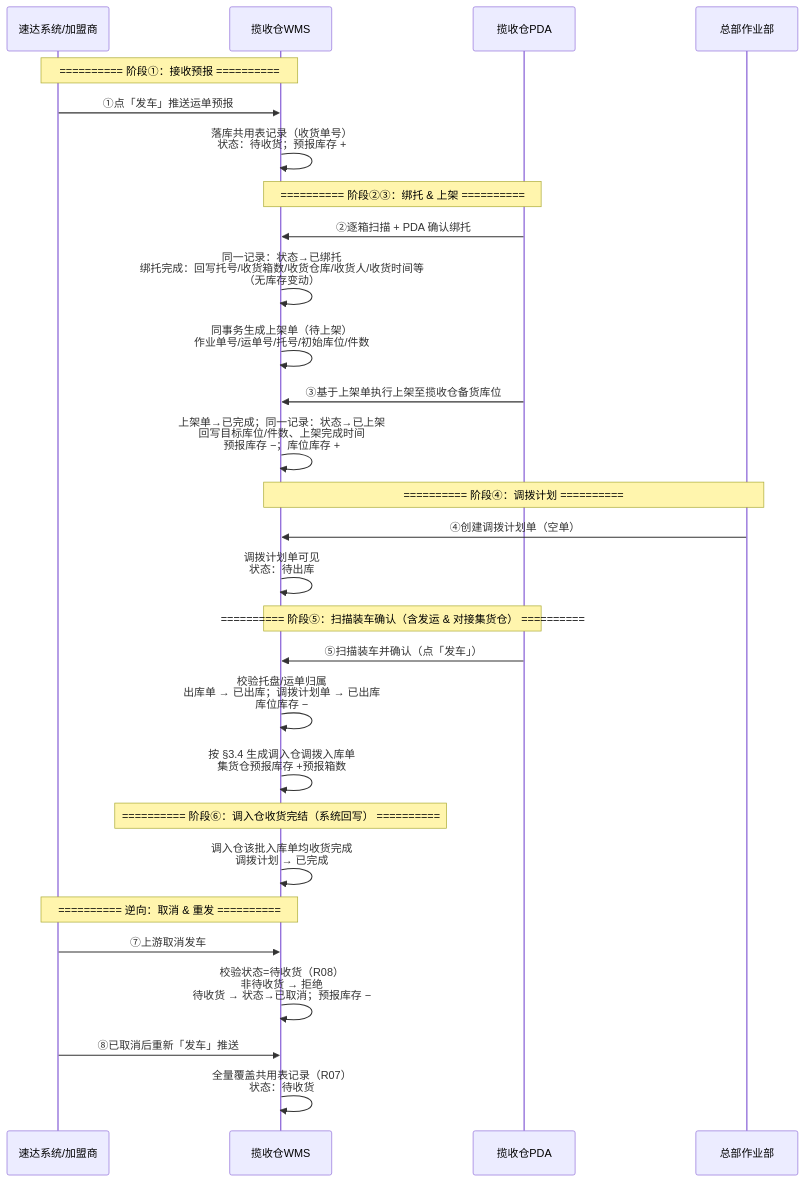
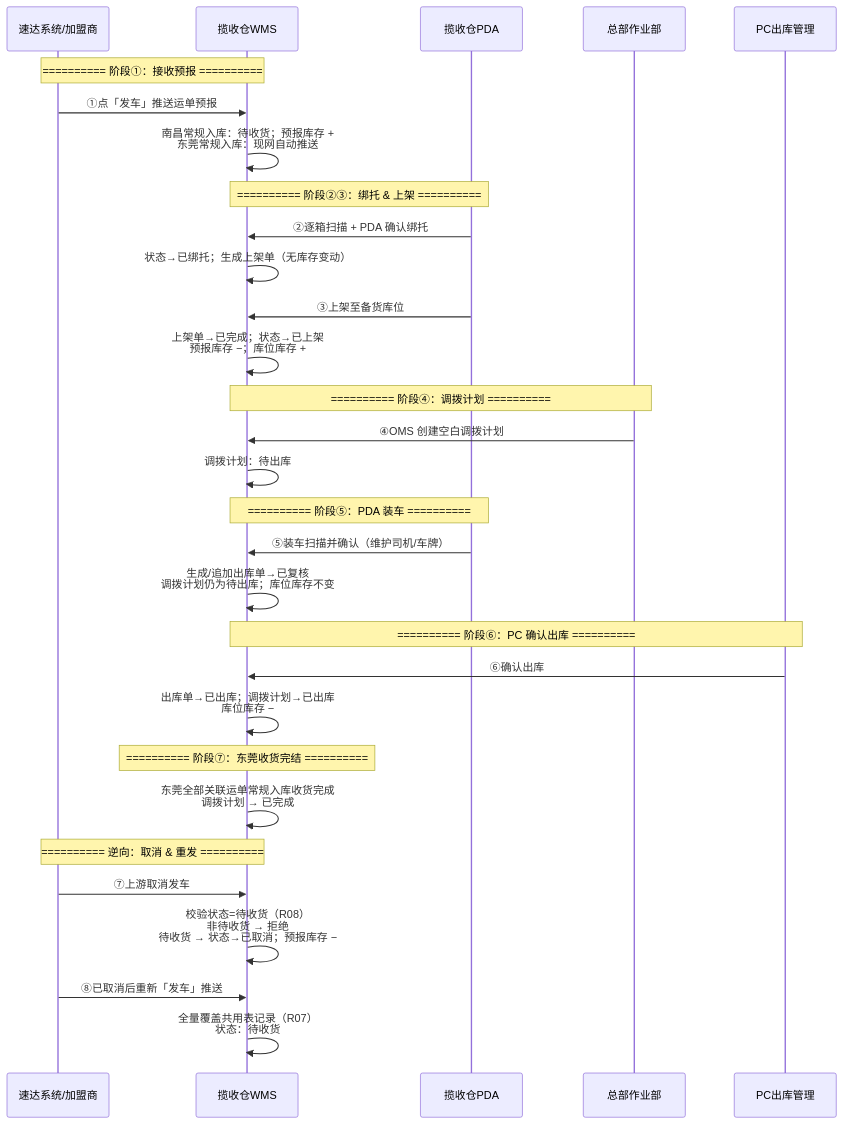
Before and after one commit to Tiana-1720/wms-inbound-demo: the first of 2 diagrams in prd-docs/01-加盟商揽收仓需求/01-业务流程推演.md, drawn with Mermaid. The commit also changed other lines of this file and 48 other files, not shown here.

First line of the commit message:
Align franchise WMS PRDs with load-and-outbound flow and OMS口径.

````diff
--- a/prd-docs/01-加盟商揽收仓需求/01-业务流程推演.md
+++ b/prd-docs/01-加盟商揽收仓需求/01-业务流程推演.md
@@ -104,42 +107,47 @@
 ```mermaid
 sequenceDiagram
     participant SD as 速达系统/加盟商
     participant WMS as 揽收仓WMS
     participant PDA as 揽收仓PDA
     participant HQ as 总部作业部
 
+    participant PC as PC出库管理
+
     Note over SD,WMS: ========== 阶段①：接收预报 ==========
 
     SD->>WMS: ①点「发车」推送运单预报
-    WMS->>WMS: 落库共用表记录（收货单号）<br/>状态：待收货；预报库存 +
+    WMS->>WMS: 南昌常规入库：待收货；预报库存 +<br/>东莞常规入库：现网自动推送
 
     Note over PDA,WMS: ========== 阶段②③：绑托 & 上架 ==========
 
     PDA->>WMS: ②逐箱扫描 + PDA 确认绑托
-    WMS->>WMS: 同一记录：状态→已绑托<br/>绑托完成：回写托号/收货箱数/收货仓库/收货人/收货时间等<br/>（无库存变动）
-    WMS->>WMS: 同事务生成上架单（待上架）<br/>作业单号/运单号/托号/初始库位/件数
-    PDA->>WMS: ③基于上架单执行上架至揽收仓备货库位
-    WMS->>WMS: 上架单→已完成；同一记录：状态→已上架<br/>回写目标库位/件数、上架完成时间<br/>预报库存 −；库位库存 +
+    WMS->>WMS: 状态→已绑托；生成上架单（无库存变动）
+    PDA->>WMS: ③上架至备货库位
+    WMS->>WMS: 上架单→已完成；状态→已上架<br/>预报库存 −；库位库存 +
 
     Note over HQ,WMS: ========== 阶段④：调拨计划 ==========
 
-    HQ->>WMS: ④创建调拨计划单（空单）
-    WMS->>WMS: 调拨计划单可见<br/>状态：待出库
+    HQ->>WMS: ④OMS 创建空白调拨计划
+    WMS->>WMS: 调拨计划：待出库
 
-    Note over PDA,WMS: ========== 阶段⑤：扫描装车确认（含发运 & 对接集货仓） ==========
+    Note over PDA,WMS: ========== 阶段⑤：PDA 装车 ==========
 
-    PDA->>WMS: ⑤扫描装车并确认（点「发车」）
-    WMS->>WMS: 校验托盘/运单归属<br/>出库单 → 已出库；调拨计划单 → 已出库<br/>库位库存 −
-    WMS->>WMS: 按 §3.4 生成调入仓调拨入库单<br/>集货仓预报库存 +预报箱数
+    PDA->>WMS: ⑤装车扫描并确认（维护司机/车牌）
+    WMS->>WMS: 生成/追加出库单→已复核<br/>调拨计划仍为待出库；库位库存不变
 
-    Note over WMS: ========== 阶段⑥：调入仓收货完结（系统回写） ==========
+    Note over PC,WMS: ========== 阶段⑥：PC 确认出库 ==========
 
-    WMS->>WMS: 调入仓该批入库单均收货完成<br/>调拨计划 → 已完成
+    PC->>WMS: ⑥确认出库
+    WMS->>WMS: 出库单→已出库；调拨计划→已出库<br/>库位库存 −
+
+    Note over WMS: ========== 阶段⑦：东莞收货完结 ==========
+
+    WMS->>WMS: 东莞全部关联运单常规入库收货完成<br/>调拨计划 → 已完成
 
     Note over SD,WMS: ========== 逆向：取消 & 重发 ==========
 
     SD->>WMS: ⑦上游取消发车
     WMS->>WMS: 校验状态=待收货（R08）<br/>非待收货 → 拒绝<br/>待收货 → 状态→已取消；预报库存 −
     SD->>WMS: ⑧已取消后重新「发车」推送
     WMS->>WMS: 全量覆盖共用表记录（R07）<br/>状态：待收货
 ```
````
